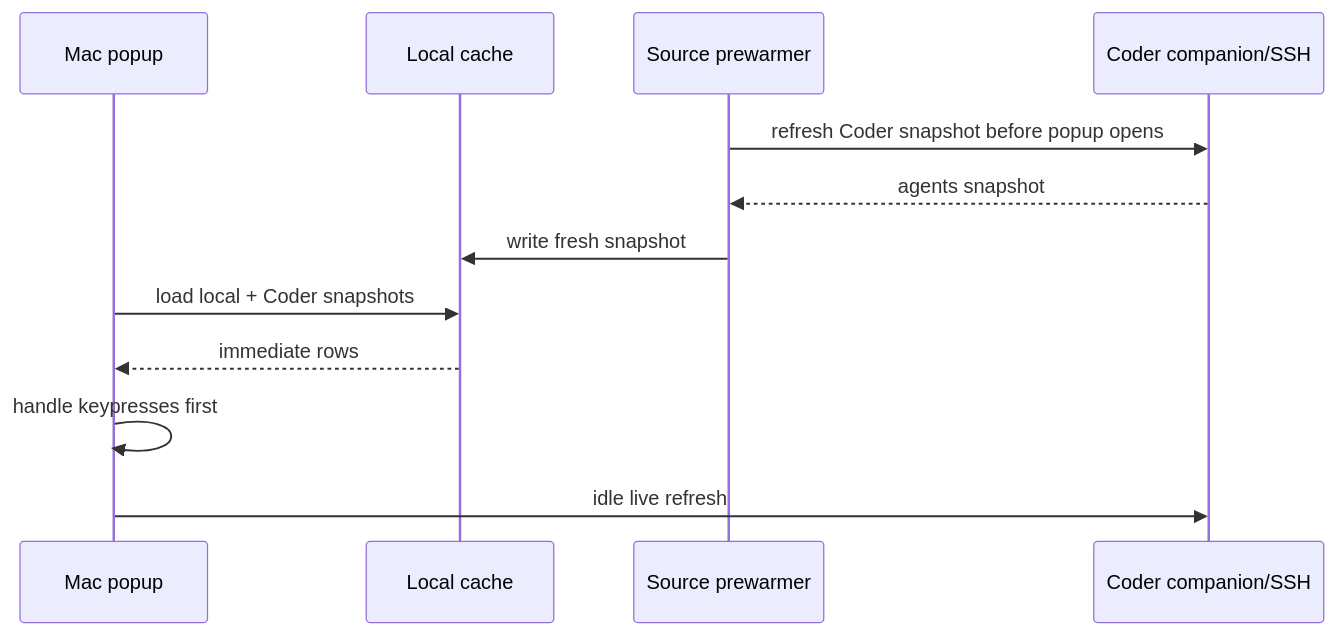
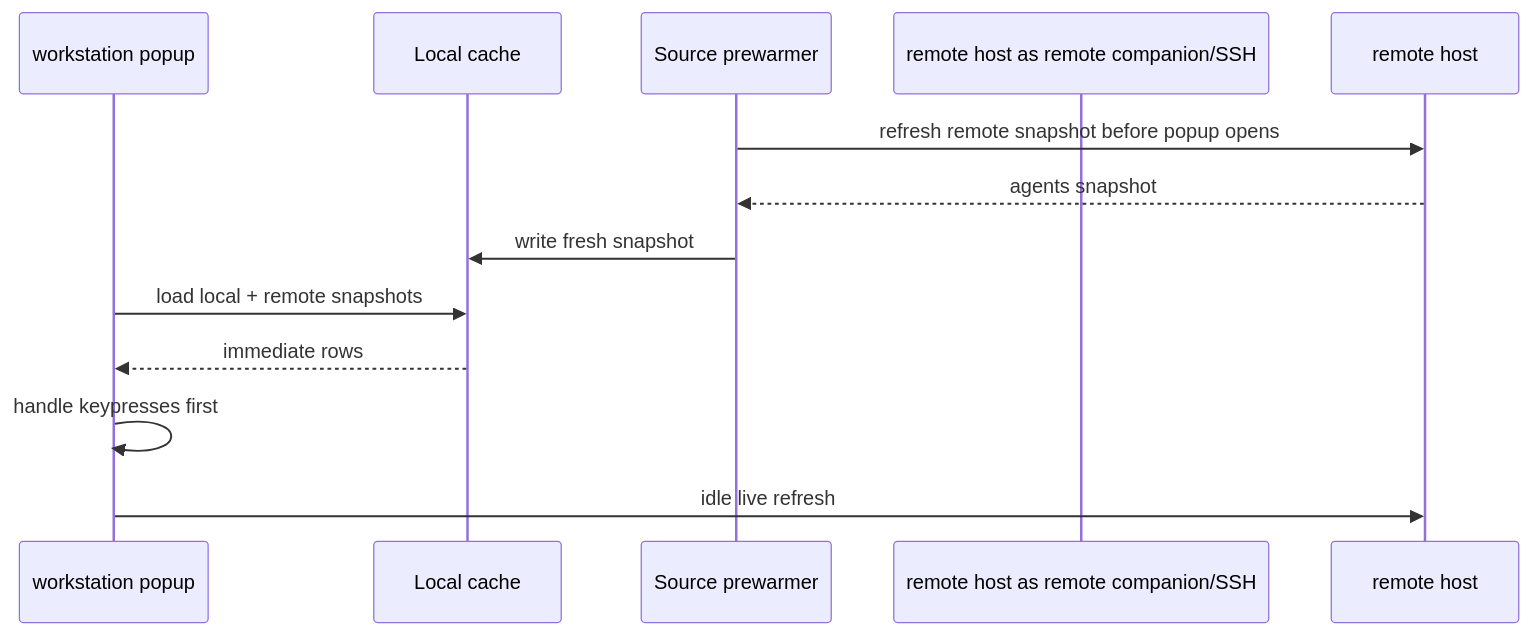
One commit to safurrier/foreman changed the sixth of 8 diagrams in docs/decisions/0004-source-companion-relay.md. Above: the diagram before and after it, drawn with Mermaid. The commit also changed other lines of this file and 26 other files, not shown here.

````diff
--- a/docs/decisions/0004-source-companion-relay.md
+++ b/docs/decisions/0004-source-companion-relay.md
@@ -427,15 +456,15 @@
 ```mermaid
 sequenceDiagram
-    participant Popup as Mac popup
+    participant Popup as workstation popup
     participant Cache as Local cache
     participant Worker as Source prewarmer
-    participant Coder as Coder companion/SSH
+    participant remote host as remote companion/SSH
 
-    Worker->>Coder: refresh Coder snapshot before popup opens
-    Coder-->>Worker: agents snapshot
+    Worker->>remote host: refresh remote snapshot before popup opens
+    remote host-->>Worker: agents snapshot
     Worker->>Cache: write fresh snapshot
-    Popup->>Cache: load local + Coder snapshots
+    Popup->>Cache: load local + remote snapshots
     Cache-->>Popup: immediate rows
     Popup->>Popup: handle keypresses first
-    Popup->>Coder: idle live refresh
+    Popup->>remote host: idle live refresh
 ```
````
